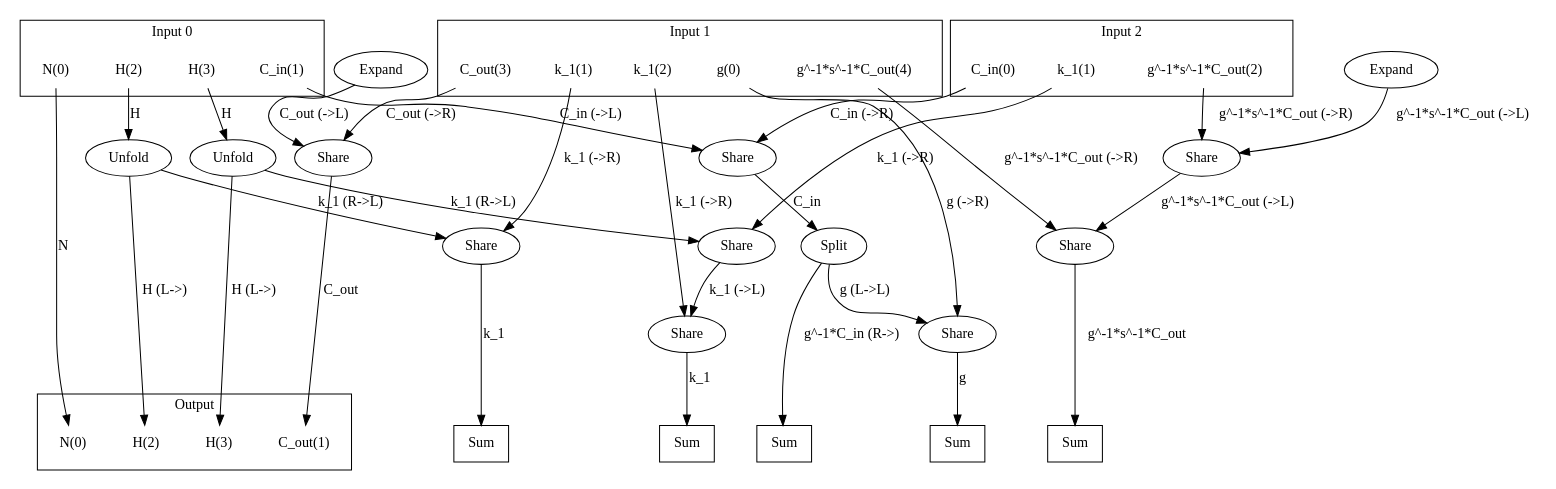
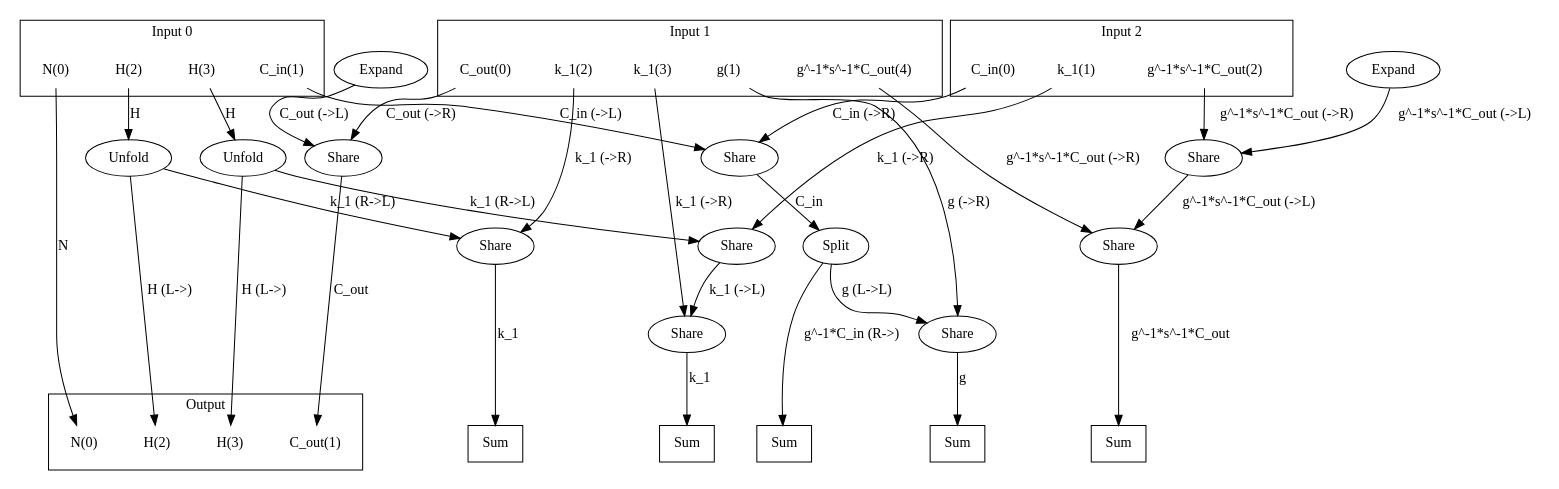
The diagram in data/vision/mdev/good-kernels-imagenet/resnet34/07352_2791079409490542986/kernel_scheduler_dir/kernel_graph.dot (Yongqi-Zhuo/Syno-AE), drawn with Graphviz before and after one commit. The commit also changed 509 other files, not shown here.

```diff
--- a/data/vision/mdev/good-kernels-imagenet/resnet34/07352_2791079409490542986/kernel_scheduler_dir/kernel_graph.dot
+++ b/data/vision/mdev/good-kernels-imagenet/resnet34/07352_2791079409490542986/kernel_scheduler_dir/kernel_graph.dot
@@ -1,102 +1,102 @@
 digraph kernel_generated {
 newrank = true;
-op_0x55691ea6b578 [label="Expand"];
-op_0x55691ea6b598 [label="Expand"];
-op_0x55691ea9dac0 [label="Unfold"];
-op_0x55691ea9dcc0 [label="Unfold"];
-op_0x55691eaa1e00 [label="Split"];
-op_0x55691eab0840 [label="Share"];
-op_0x55691eaf9d80 [label="Share"];
-op_0x55691eaf9e20 [label="Share"];
-op_0x55691eaf9e70 [label="Share"];
-op_0x55691eaf9ec0 [label="Share"];
-op_0x55691eaf9f10 [label="Share"];
-op_0x55691eaf9f60 [label="Share"];
-op_0x55691eafa0f0 [label="Share"];
-reduce_0x7fc218001a98 [label="Sum", shape=box];
-reduce_0x7fc218001ab0 [label="Sum", shape=box];
-reduce_0x7fc218001928 [label="Sum", shape=box];
-reduce_0x7fc218009288 [label="Sum", shape=box];
-reduce_0x7fc218005a90 [label="Sum", shape=box];
+op_0x5590da8a7480 [label="Share"];
+op_0x5590da8a7570 [label="Share"];
+op_0x5590da8a77a0 [label="Share"];
+op_0x5590da8a77f0 [label="Share"];
+op_0x5590da8a7840 [label="Share"];
+op_0x5590da8a7890 [label="Share"];
+op_0x5590da8a7a38 [label="Expand"];
+op_0x5590da8a7ab8 [label="Expand"];
+op_0x5590da8bf100 [label="Unfold"];
+op_0x5590da8bf240 [label="Unfold"];
+op_0x5590da8d3590 [label="Split"];
+op_0x5590da8f9bf0 [label="Share"];
+op_0x5590da8f9c40 [label="Share"];
+reduce_0x7f51b0001a98 [label="Sum", shape=box];
+reduce_0x7f51b0001ab0 [label="Sum", shape=box];
+reduce_0x7f51b0001928 [label="Sum", shape=box];
+reduce_0x7f51b0009088 [label="Sum", shape=box];
+reduce_0x7f51b0005990 [label="Sum", shape=box];
 subgraph cluster_out {
 label = "Output";
 out_0 [label="N(0)", shape=none];
 out_1 [label="C_out(1)", shape=none];
 out_2 [label="H(2)", shape=none];
 out_3 [label="H(3)", shape=none];
 }
 { rank = same;
-reduce_0x7fc218001a98;
-reduce_0x7fc218001ab0;
-reduce_0x7fc218001928;
-reduce_0x7fc218009288;
-reduce_0x7fc218005a90;
+reduce_0x7f51b0001a98;
+reduce_0x7f51b0001ab0;
+reduce_0x7f51b0001928;
+reduce_0x7f51b0009088;
+reduce_0x7f51b0005990;
 out_0;
 out_1;
 out_2;
 out_3;
 }
 subgraph cluster_in_0 {
 label = "Input 0";
 in_0_0 [label="N(0)", shape=none];
 in_0_1 [label="C_in(1)", shape=none];
 in_0_2 [label="H(2)", shape=none];
 in_0_3 [label="H(3)", shape=none];
 }
 subgraph cluster_in_1 {
 label = "Input 1";
-in_1_0 [label="g(0)", shape=none];
-in_1_1 [label="k_1(1)", shape=none];
+in_1_0 [label="C_out(0)", shape=none];
+in_1_1 [label="g(1)", shape=none];
 in_1_2 [label="k_1(2)", shape=none];
-in_1_3 [label="C_out(3)", shape=none];
+in_1_3 [label="k_1(3)", shape=none];
 in_1_4 [label="g^-1*s^-1*C_out(4)", shape=none];
 }
 subgraph cluster_in_2 {
 label = "Input 2";
 in_2_0 [label="C_in(0)", shape=none];
 in_2_1 [label="k_1(1)", shape=none];
 in_2_2 [label="g^-1*s^-1*C_out(2)", shape=none];
 }
 { rank = same;
 in_0_0;
 in_0_1;
 in_0_2;
 in_0_3;
 in_1_0;
 in_1_1;
 in_1_2;
 in_1_3;
 in_1_4;
 in_2_0;
 in_2_1;
 in_2_2;
 }
 in_0_0 -> out_0 [label="N"];
-in_0_1 -> op_0x55691eafa0f0 [label="C_in (->L)"];
-in_0_2 -> op_0x55691ea9dac0 [label="H"];
-in_0_3 -> op_0x55691ea9dcc0 [label="H"];
-in_1_0 -> op_0x55691eaf9e20 [label="g (->R)"];
-in_1_1 -> op_0x55691eaf9e70 [label="k_1 (->R)"];
-in_1_2 -> op_0x55691eaf9f10 [label="k_1 (->R)"];
-in_1_3 -> op_0x55691eaf9d80 [label="C_out (->R)"];
-in_1_4 -> op_0x55691eaf9ec0 [label="g^-1*s^-1*C_out (->R)"];
-in_2_0 -> op_0x55691eafa0f0 [label="C_in (->R)"];
-in_2_1 -> op_0x55691eab0840 [label="k_1 (->R)"];
-in_2_2 -> op_0x55691eaf9f60 [label="g^-1*s^-1*C_out (->R)"];
-op_0x55691eafa0f0 -> op_0x55691eaa1e00 [label="C_in"];
-op_0x55691ea9dcc0 -> op_0x55691eab0840 [label="k_1 (R->L)"];
-op_0x55691ea6b578 -> op_0x55691eaf9d80 [label="C_out (->L)"];
-op_0x55691eaa1e00 -> op_0x55691eaf9e20 [label="g (L->L)"];
-op_0x55691ea9dac0 -> op_0x55691eaf9e70 [label="k_1 (R->L)"];
-op_0x55691eaf9f60 -> op_0x55691eaf9ec0 [label="g^-1*s^-1*C_out (->L)"];
-op_0x55691eab0840 -> op_0x55691eaf9f10 [label="k_1 (->L)"];
-op_0x55691ea6b598 -> op_0x55691eaf9f60 [label="g^-1*s^-1*C_out (->L)"];
-op_0x55691eaf9d80 -> out_1 [label="C_out"];
-op_0x55691ea9dac0 -> out_2 [label="H (L->)"];
-op_0x55691ea9dcc0 -> out_3 [label="H (L->)"];
-op_0x55691eaf9e20 -> reduce_0x7fc218001928 [label="g"];
-op_0x55691eaf9e70 -> reduce_0x7fc218001a98 [label="k_1"];
-op_0x55691eaf9f10 -> reduce_0x7fc218001ab0 [label="k_1"];
-op_0x55691eaa1e00 -> reduce_0x7fc218005a90 [label="g^-1*C_in (R->)"];
-op_0x55691eaf9ec0 -> reduce_0x7fc218009288 [label="g^-1*s^-1*C_out"];
+in_0_1 -> op_0x5590da8f9bf0 [label="C_in (->L)"];
+in_0_2 -> op_0x5590da8bf100 [label="H"];
+in_0_3 -> op_0x5590da8bf240 [label="H"];
+in_1_0 -> op_0x5590da8a7480 [label="C_out (->R)"];
+in_1_1 -> op_0x5590da8a77a0 [label="g (->R)"];
+in_1_2 -> op_0x5590da8a7570 [label="k_1 (->R)"];
+in_1_3 -> op_0x5590da8a7840 [label="k_1 (->R)"];
+in_1_4 -> op_0x5590da8a77f0 [label="g^-1*s^-1*C_out (->R)"];
+in_2_0 -> op_0x5590da8f9bf0 [label="C_in (->R)"];
+in_2_1 -> op_0x5590da8f9c40 [label="k_1 (->R)"];
+in_2_2 -> op_0x5590da8a7890 [label="g^-1*s^-1*C_out (->R)"];
+op_0x5590da8a7480 -> out_1 [label="C_out"];
+op_0x5590da8bf100 -> out_2 [label="H (L->)"];
+op_0x5590da8bf240 -> out_3 [label="H (L->)"];
+op_0x5590da8a7a38 -> op_0x5590da8a7480 [label="C_out (->L)"];
+op_0x5590da8bf100 -> op_0x5590da8a7570 [label="k_1 (R->L)"];
+op_0x5590da8d3590 -> op_0x5590da8a77a0 [label="g (L->L)"];
+op_0x5590da8a7890 -> op_0x5590da8a77f0 [label="g^-1*s^-1*C_out (->L)"];
+op_0x5590da8f9c40 -> op_0x5590da8a7840 [label="k_1 (->L)"];
+op_0x5590da8a7ab8 -> op_0x5590da8a7890 [label="g^-1*s^-1*C_out (->L)"];
+op_0x5590da8f9bf0 -> op_0x5590da8d3590 [label="C_in"];
+op_0x5590da8bf240 -> op_0x5590da8f9c40 [label="k_1 (R->L)"];
+op_0x5590da8a77a0 -> reduce_0x7f51b0001928 [label="g"];
+op_0x5590da8a7570 -> reduce_0x7f51b0001a98 [label="k_1"];
+op_0x5590da8a7840 -> reduce_0x7f51b0001ab0 [label="k_1"];
+op_0x5590da8d3590 -> reduce_0x7f51b0005990 [label="g^-1*C_in (R->)"];
+op_0x5590da8a77f0 -> reduce_0x7f51b0009088 [label="g^-1*s^-1*C_out"];
 }
```
